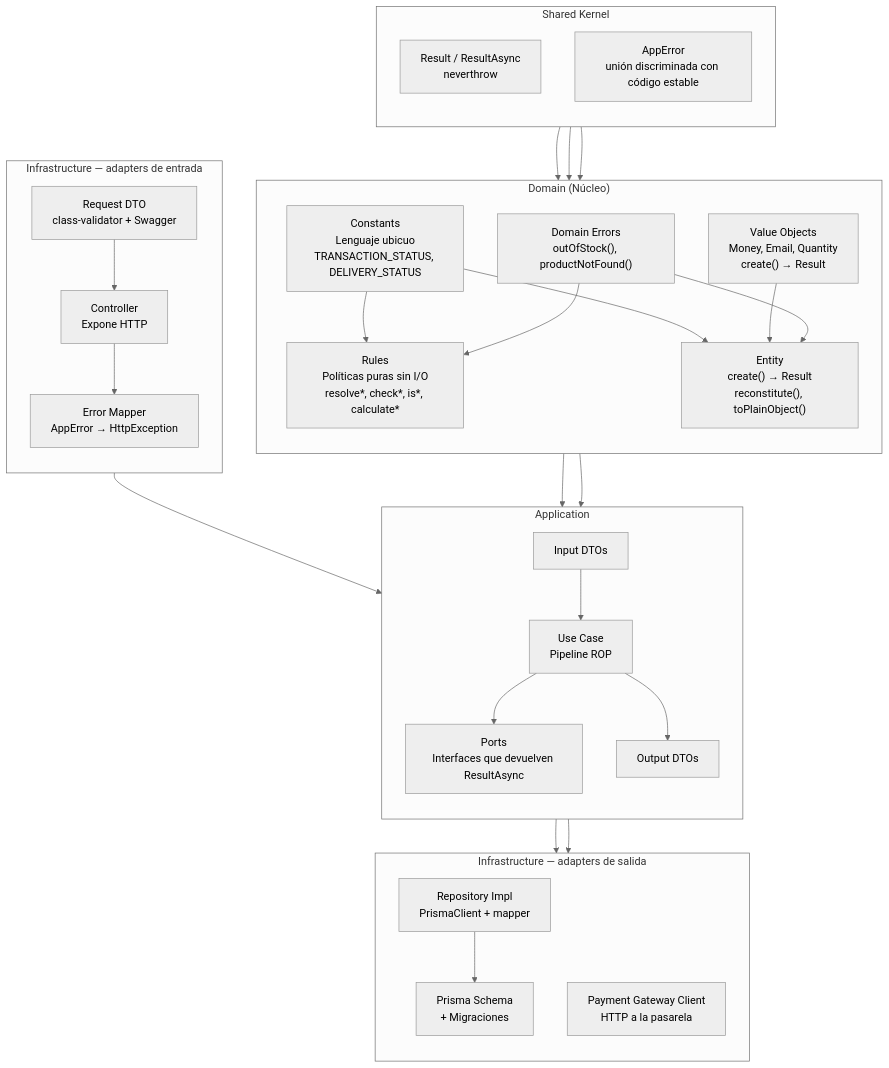
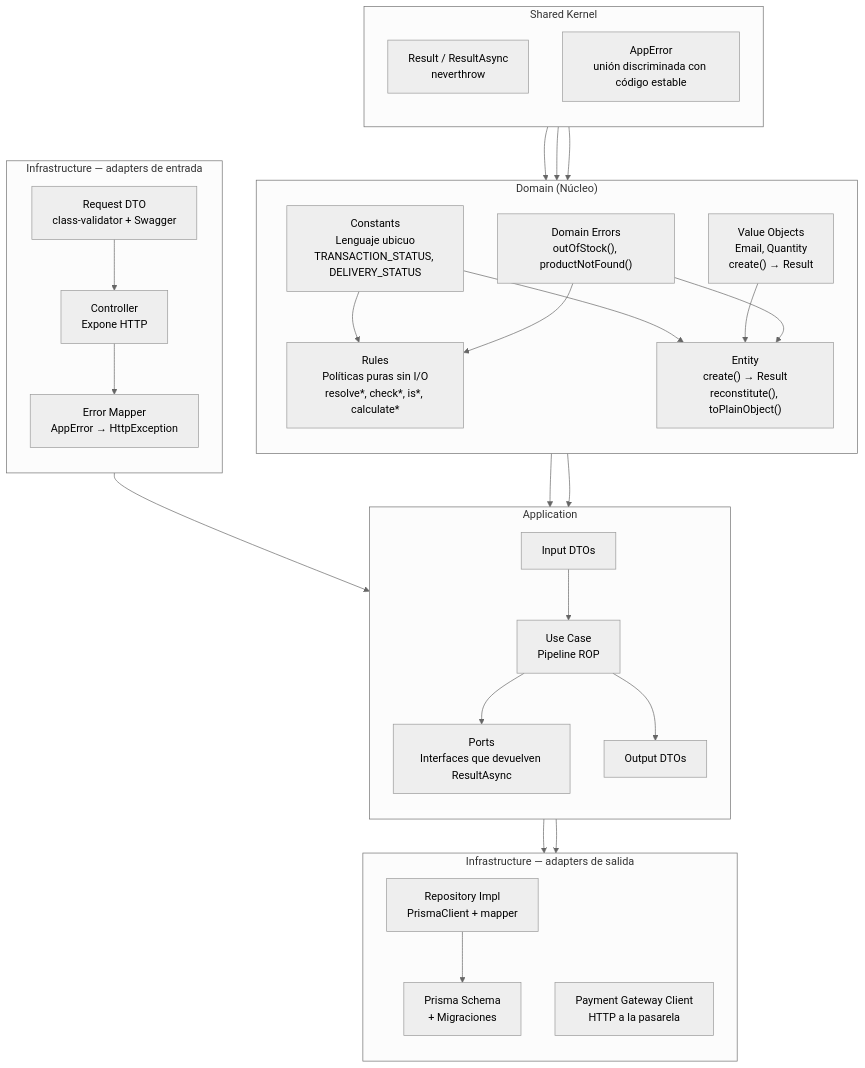
One commit to Manuelortegaj11/checkout-app changed the second of 5 diagrams in backend/docs/arquitectura/hexagonal-ddd-rop.md. Above: the diagram before and after it, drawn with Mermaid (neutral theme). The commit also changed other lines of this file and 1 other file, not shown here.

````diff
--- a/backend/docs/arquitectura/hexagonal-ddd-rop.md
+++ b/backend/docs/arquitectura/hexagonal-ddd-rop.md
@@ -29,59 +29,59 @@
 ```mermaid
 graph TB
     subgraph "Shared Kernel"
         direction TB
         RES["Result / ResultAsync<br/>neverthrow"]
         ERR["AppError<br/>unión discriminada con código estable"]
     end
 
     subgraph "Domain (Núcleo)"
         direction TB
         CONST["Constants<br/>Lenguaje ubicuo<br/>TRANSACTION_STATUS, DELIVERY_STATUS"]
-        VO["Value Objects<br/>Money, Email, Quantity<br/>create() → Result"]
+        VO["Value Objects<br/>Email, Quantity<br/>create() → Result"]
         RULES["Rules<br/>Políticas puras sin I/O<br/>resolve*, check*, is*, calculate*"]
         ENT["Entity<br/>create() → Result<br/>reconstitute(), toPlainObject()"]
         DERR["Domain Errors<br/>outOfStock(), productNotFound()"]
     end
 
     subgraph "Application"
         direction TB
         UC["Use Case<br/>Pipeline ROP"]
         PORT["Ports<br/>Interfaces que devuelven ResultAsync"]
         DTO_IN["Input DTOs"]
         DTO_OUT["Output DTOs"]
     end
 
     subgraph "Infrastructure — adapters de salida"
         direction TB
         REPO["Repository Impl<br/>PrismaClient + mapper"]
         PAY["Payment Gateway Client<br/>HTTP a la pasarela"]
         SCHEMA["Prisma Schema<br/>+ Migraciones"]
     end
 
     subgraph "Infrastructure — adapters de entrada"
         direction TB
         REQ["Request DTO<br/>class-validator + Swagger"]
         CTRL["Controller<br/>Expone HTTP"]
         MAP["Error Mapper<br/>AppError → HttpException"]
     end
 
     RES --> VO
     RES --> ENT
     ERR --> DERR
     CONST --> RULES
     CONST --> ENT
     VO --> ENT
     DERR --> RULES
     DERR --> ENT
     RULES --> UC
     ENT --> UC
     DTO_IN --> UC
     UC --> PORT
     UC --> DTO_OUT
     PORT --> REPO
     PORT --> PAY
     REPO --> SCHEMA
     REQ --> CTRL
     CTRL --> UC
     CTRL --> MAP
 ```
````
